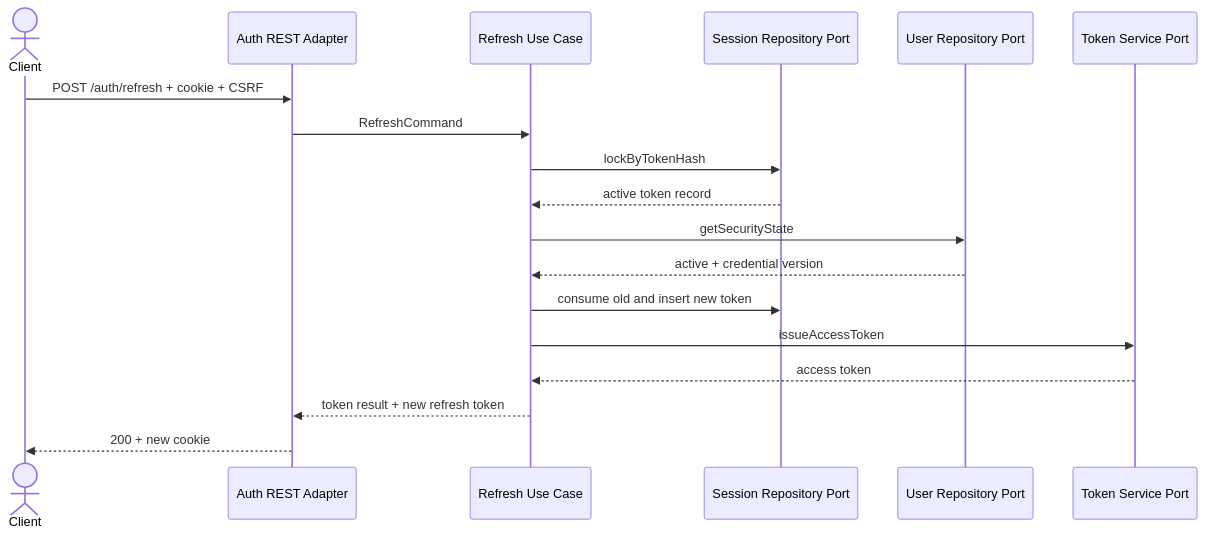
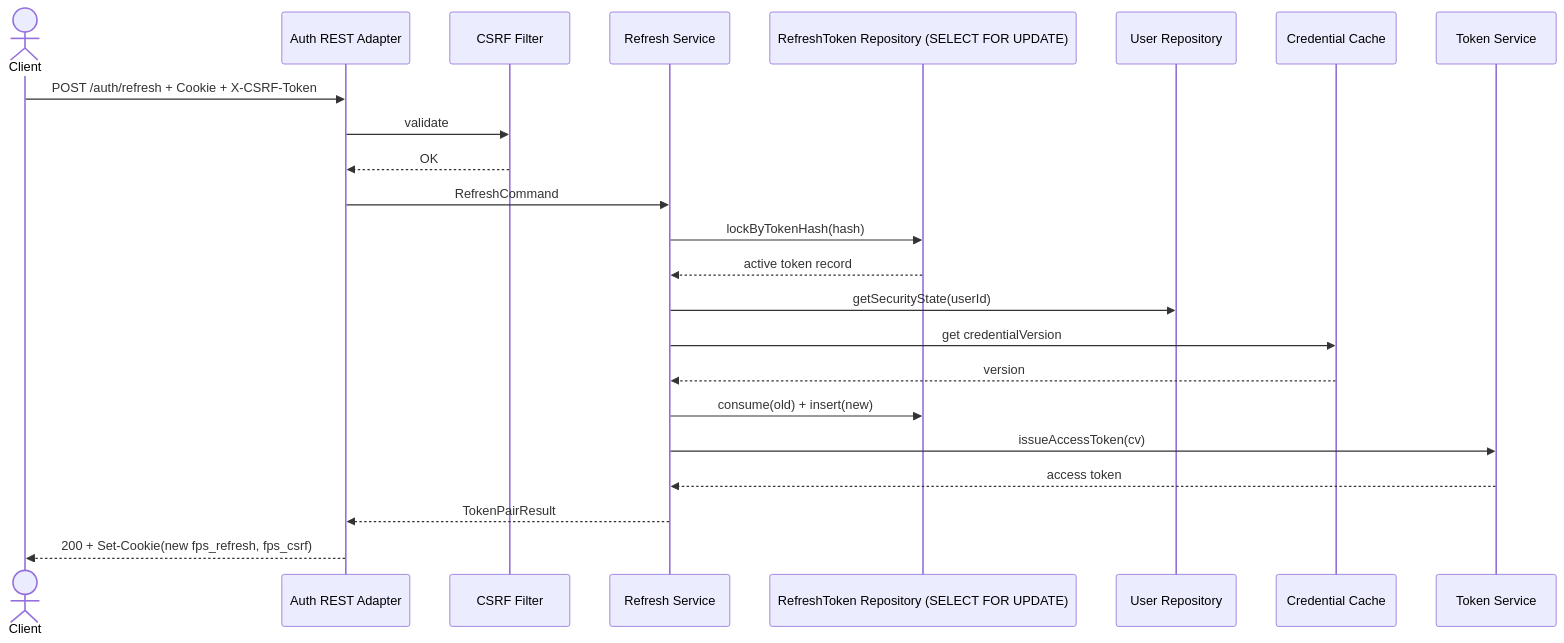
The fifth of 6 diagrams in docs/specs/auth-module-requirements.md (vandunxg/file_processing), drawn with Mermaid before and after one commit. The commit also changed other lines of this file and 8 other files, not shown here.

````diff
--- a/docs/specs/auth-module-requirements.md
+++ b/docs/specs/auth-module-requirements.md
@@ -2226,21 +2918,25 @@
 ```mermaid
 sequenceDiagram
     actor Client
     participant API as Auth REST Adapter
-    participant Refresh as Refresh Use Case
-    participant Sessions as Session Repository Port
-    participant Users as User Repository Port
-    participant JWT as Token Service Port
-
-    Client->>API: POST /auth/refresh + cookie + CSRF
+    participant CSRF as CSRF Filter
+    participant Refresh as Refresh Service
+    participant Tokens as RefreshToken Repository (SELECT FOR UPDATE)
+    participant Users as User Repository
+    participant Cache as Credential Cache
+    participant JWT as Token Service
+    Client->>API: POST /auth/refresh + Cookie + X-CSRF-Token
+    API->>CSRF: validate
+    CSRF-->>API: OK
     API->>Refresh: RefreshCommand
-    Refresh->>Sessions: lockByTokenHash
-    Sessions-->>Refresh: active token record
-    Refresh->>Users: getSecurityState
-    Users-->>Refresh: active + credential version
-    Refresh->>Sessions: consume old and insert new token
-    Refresh->>JWT: issueAccessToken
+    Refresh->>Tokens: lockByTokenHash(hash)
+    Tokens-->>Refresh: active token record
+    Refresh->>Users: getSecurityState(userId)
+    Refresh->>Cache: get credentialVersion
+    Cache-->>Refresh: version
+    Refresh->>Tokens: consume(old) + insert(new)
+    Refresh->>JWT: issueAccessToken(cv)
     JWT-->>Refresh: access token
-    Refresh-->>API: token result + new refresh token
-    API-->>Client: 200 + new cookie
+    Refresh-->>API: TokenPairResult
+    API-->>Client: 200 + Set-Cookie(new fps_refresh, fps_csrf)
 ```
````
